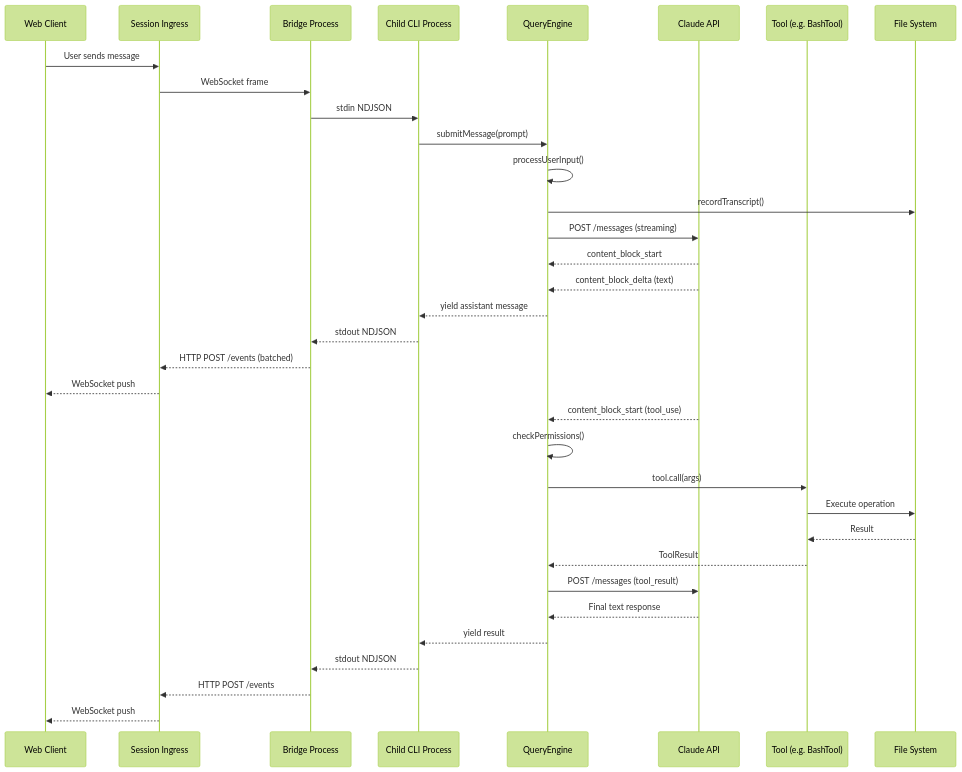
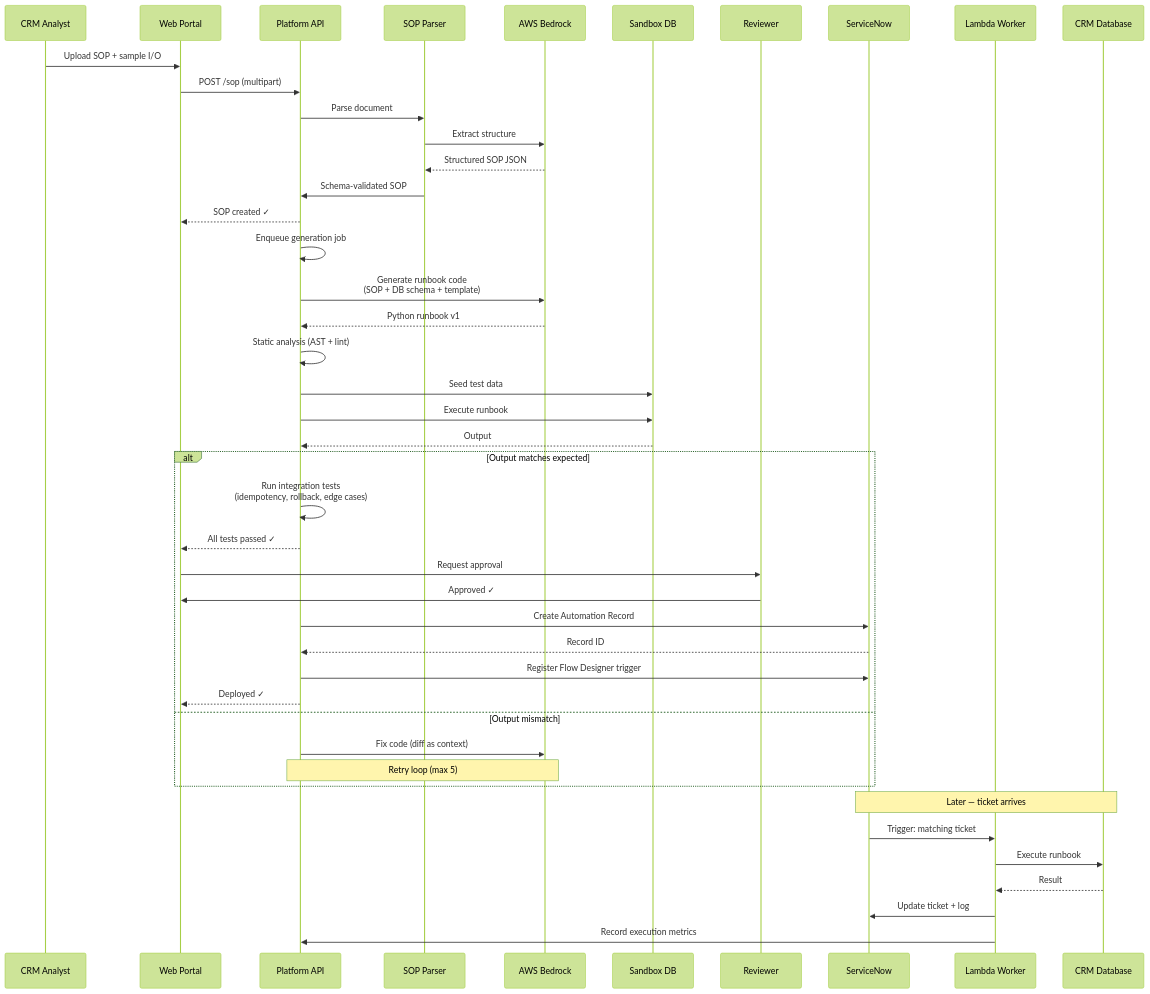
Before and after one commit to KiZamaDo/KiZamaDo.github.io: diagram 12 of 12 in README.md, drawn with Mermaid (forest theme). The commit also changed other lines of this file, not shown here.

```diff
--- a/README.md
+++ b/README.md
@@ -840,41 +923,53 @@
   <div class="mermaid">
 sequenceDiagram
-    participant Web as Web Client
-    participant SI as Session Ingress
-    participant Bridge as Bridge Process
-    participant Child as Child CLI Process
-    participant QE as QueryEngine
-    participant API as Claude API
-    participant Tool as Tool (e.g. BashTool)
-    participant FS as File System
+    participant Analyst as CRM Analyst
+    participant Portal as Web Portal
+    participant API as Platform API
+    participant Parser as SOP Parser
+    participant Bedrock as AWS Bedrock
+    participant Sandbox as Sandbox DB
+    participant Reviewer as Reviewer
+    participant SNOW as ServiceNow
+    participant Lambda as Lambda Worker
+    participant CRM as CRM Database
 
-    Web->>SI: User sends message
-    SI->>Bridge: WebSocket frame
-    Bridge->>Child: stdin NDJSON
+    Analyst->>Portal: Upload SOP + sample I/O
+    Portal->>API: POST /sop (multipart)
+    API->>Parser: Parse document
+    Parser->>Bedrock: Extract structure
+    Bedrock-->>Parser: Structured SOP JSON
+    Parser->>API: Schema-validated SOP
+    API-->>Portal: SOP created ✓
 
-    Child->>QE: submitMessage(prompt)
-    QE->>QE: processUserInput()
-    QE->>FS: recordTranscript()
+    API->>API: Enqueue generation job
+    API->>Bedrock: Generate runbook code<br/>(SOP + DB schema + template)
+    Bedrock-->>API: Python runbook v1
 
-    QE->>API: POST /messages (streaming)
-    API-->>QE: content_block_start
-    API-->>QE: content_block_delta (text)
-    QE-->>Child: yield assistant message
-    Child-->>Bridge: stdout NDJSON
-    Bridge-->>SI: HTTP POST /events (batched)
-    SI-->>Web: WebSocket push
+    API->>API: Static analysis (AST + lint)
+    API->>Sandbox: Seed test data
+    API->>Sandbox: Execute runbook
+    Sandbox-->>API: Output
 
-    API-->>QE: content_block_start (tool_use)
-    QE->>QE: checkPermissions()
-    QE->>Tool: tool.call(args)
-    Tool->>FS: Execute operation
-    FS-->>Tool: Result
-    Tool-->>QE: ToolResult
+    alt Output matches expected
+        API->>API: Run integration tests<br/>(idempotency, rollback, edge cases)
+        API-->>Portal: All tests passed ✓
+        Portal->>Reviewer: Request approval
+        Reviewer->>Portal: Approved ✓
 
-    QE->>API: POST /messages (tool_result)
-    API-->>QE: Final text response
-    QE-->>Child: yield result
-    Child-->>Bridge: stdout NDJSON
-    Bridge-->>SI: HTTP POST /events
-    SI-->>Web: WebSocket push
+        API->>SNOW: Create Automation Record
+        SNOW-->>API: Record ID
+        API->>SNOW: Register Flow Designer trigger
+        API-->>Portal: Deployed ✓
+    else Output mismatch
+        API->>Bedrock: Fix code (diff as context)
+        Note over API,Bedrock: Retry loop (max 5)
+    end
+
+    Note over SNOW,CRM: Later — ticket arrives
+
+    SNOW->>Lambda: Trigger: matching ticket
+    Lambda->>CRM: Execute runbook
+    CRM-->>Lambda: Result
+    Lambda->>SNOW: Update ticket + log
+    Lambda->>API: Record execution metrics
   </div>
```
